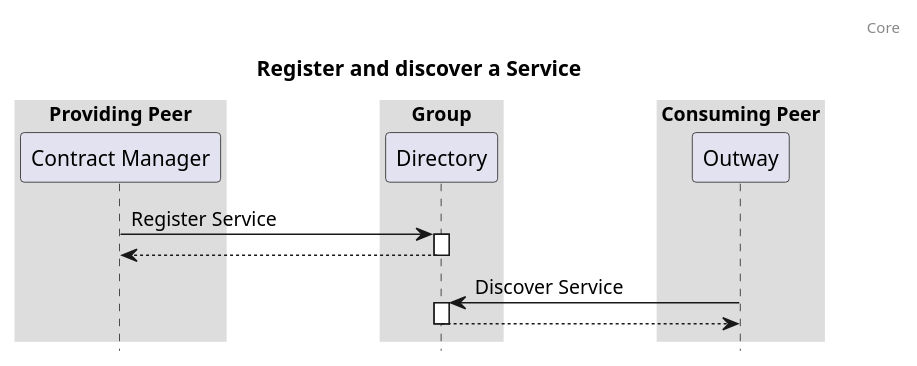
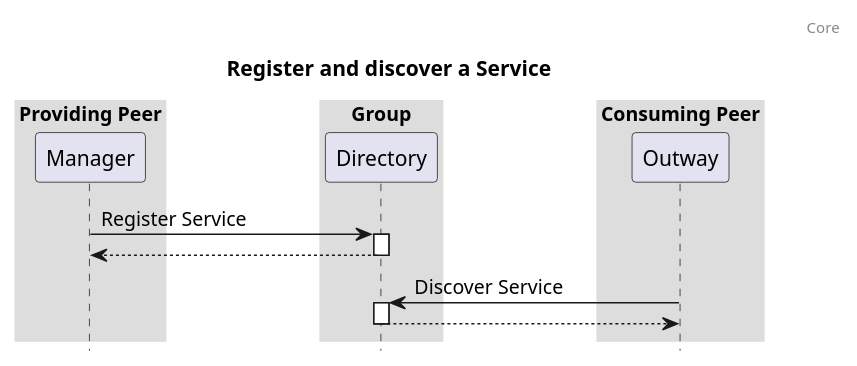
One commit to Logius-standaarden/fsc-core changed the diagram in diagrams/seq-service-discovery.puml. Above: the diagram before and after it, drawn with PlantUML. The commit also changed 6 other files, not shown here.

Commit message:
replace contract manager with manager

```diff
--- a/diagrams/seq-service-discovery.puml
+++ b/diagrams/seq-service-discovery.puml
@@ -1,23 +1,23 @@
 @startuml
 
 header: Core
 title: Register and discover a Service
 
 box "Providing Peer"
-  participant "Contract Manager" as contractManager
+  participant "Manager" as Manager
 end box
 box "Group"
   participant "Directory" as directory
 end box
 box "Consuming Peer"
   participant "Outway" as outway
 end box
-contractManager -> directory ++ : Register Service
+Manager -> directory ++ : Register Service
 return
 outway -> directory ++ : Discover Service
 return
 
 skinparam sequenceBoxBorderColor #transparent
 skinparam boxPadding 50
 hide footbox
 @enduml
```
